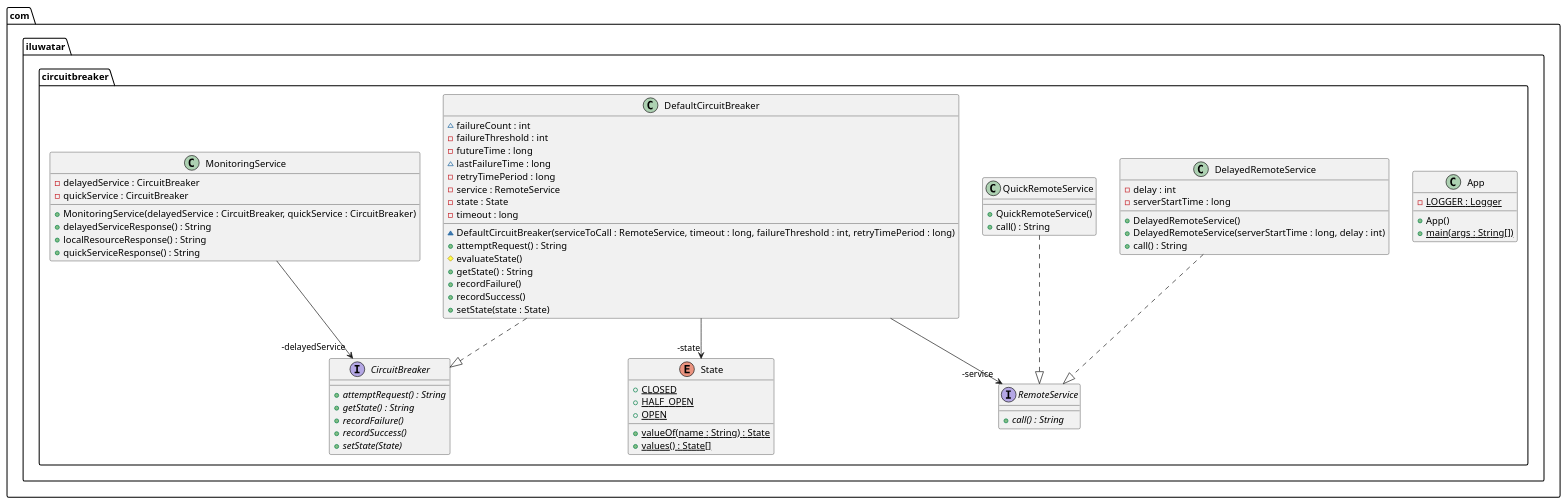
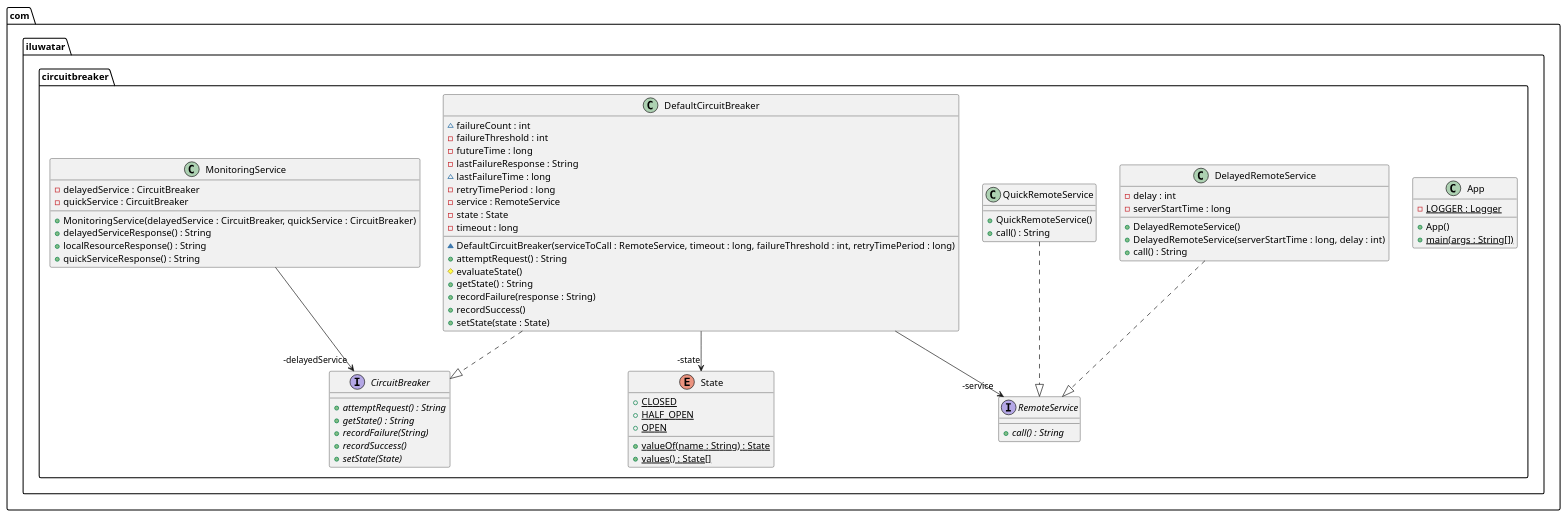
Before and after one commit to NatalieSty/java-design-patterns: the diagram in circuit-breaker/etc/circuit-breaker.urm.puml, drawn with PlantUML. The commit also changed 1 other file, not shown here.

Commit message:
#1510 Update class diagram

```diff
--- a/circuit-breaker/etc/circuit-breaker.urm.puml
+++ b/circuit-breaker/etc/circuit-breaker.urm.puml
@@ -1,68 +1,69 @@
 @startuml
 package com.iluwatar.circuitbreaker {
   class App {
     - LOGGER : Logger {static}
     + App()
     + main(args : String[]) {static}
   }
   interface CircuitBreaker {
     + attemptRequest() : String {abstract}
     + getState() : String {abstract}
-    + recordFailure() {abstract}
+    + recordFailure(String) {abstract}
     + recordSuccess() {abstract}
     + setState(State) {abstract}
   }
   class DefaultCircuitBreaker {
     ~ failureCount : int
     - failureThreshold : int
     - futureTime : long
+    - lastFailureResponse : String
     ~ lastFailureTime : long
     - retryTimePeriod : long
     - service : RemoteService
     - state : State
     - timeout : long
     ~ DefaultCircuitBreaker(serviceToCall : RemoteService, timeout : long, failureThreshold : int, retryTimePeriod : long)
     + attemptRequest() : String
     # evaluateState()
     + getState() : String
-    + recordFailure()
+    + recordFailure(response : String)
     + recordSuccess()
     + setState(state : State)
   }
   class DelayedRemoteService {
     - delay : int
     - serverStartTime : long
     + DelayedRemoteService()
     + DelayedRemoteService(serverStartTime : long, delay : int)
     + call() : String
   }
   class MonitoringService {
     - delayedService : CircuitBreaker
     - quickService : CircuitBreaker
     + MonitoringService(delayedService : CircuitBreaker, quickService : CircuitBreaker)
     + delayedServiceResponse() : String
     + localResourceResponse() : String
     + quickServiceResponse() : String
   }
   class QuickRemoteService {
     + QuickRemoteService()
     + call() : String
   }
   interface RemoteService {
     + call() : String {abstract}
   }
   enum State {
     + CLOSED {static}
     + HALF_OPEN {static}
     + OPEN {static}
     + valueOf(name : String) : State {static}
     + values() : State[] {static}
   }
 }
 DefaultCircuitBreaker -->  "-state" State
 MonitoringService -->  "-delayedService" CircuitBreaker
 DefaultCircuitBreaker -->  "-service" RemoteService
 DefaultCircuitBreaker ..|> CircuitBreaker 
 DelayedRemoteService ..|> RemoteService 
 QuickRemoteService ..|> RemoteService 
 @enduml
```
